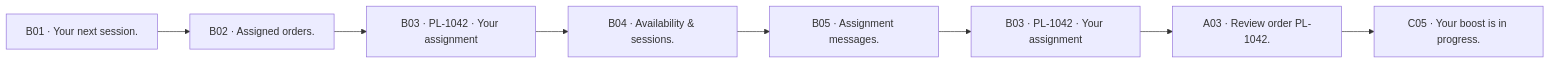
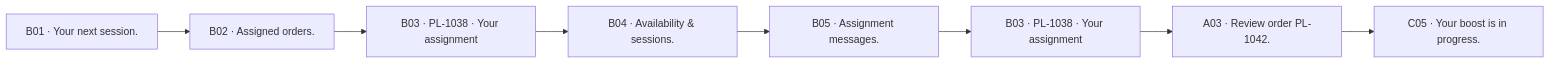
Diagram 12 of 30 in docs/redesign/FLOWS.md (arshia-rgh/BoosterPlus), drawn with Mermaid before and after one commit. The commit also changed other lines of this file and 16 other files, not shown here.

Commit message:
design: keep customer and staff flows in record workspaces

````diff
--- a/docs/redesign/FLOWS.md
+++ b/docs/redesign/FLOWS.md
@@ -381,18 +391,18 @@
 ```mermaid
 flowchart LR
   n0["B01 · Your next session."]
   n1["B02 · Assigned orders."]
-  n2["B03 · PL-1042 · Your assignment"]
+  n2["B03 · PL-1038 · Your assignment"]
   n3["B04 · Availability & sessions."]
   n4["B05 · Assignment messages."]
-  n5["B03 · PL-1042 · Your assignment"]
+  n5["B03 · PL-1038 · Your assignment"]
   n6["A03 · Review order PL-1042."]
   n7["C05 · Your boost is in progress."]
   n0 --> n1
   n1 --> n2
   n2 --> n3
   n3 --> n4
   n4 --> n5
   n5 --> n6
   n6 --> n7
 ```
````
